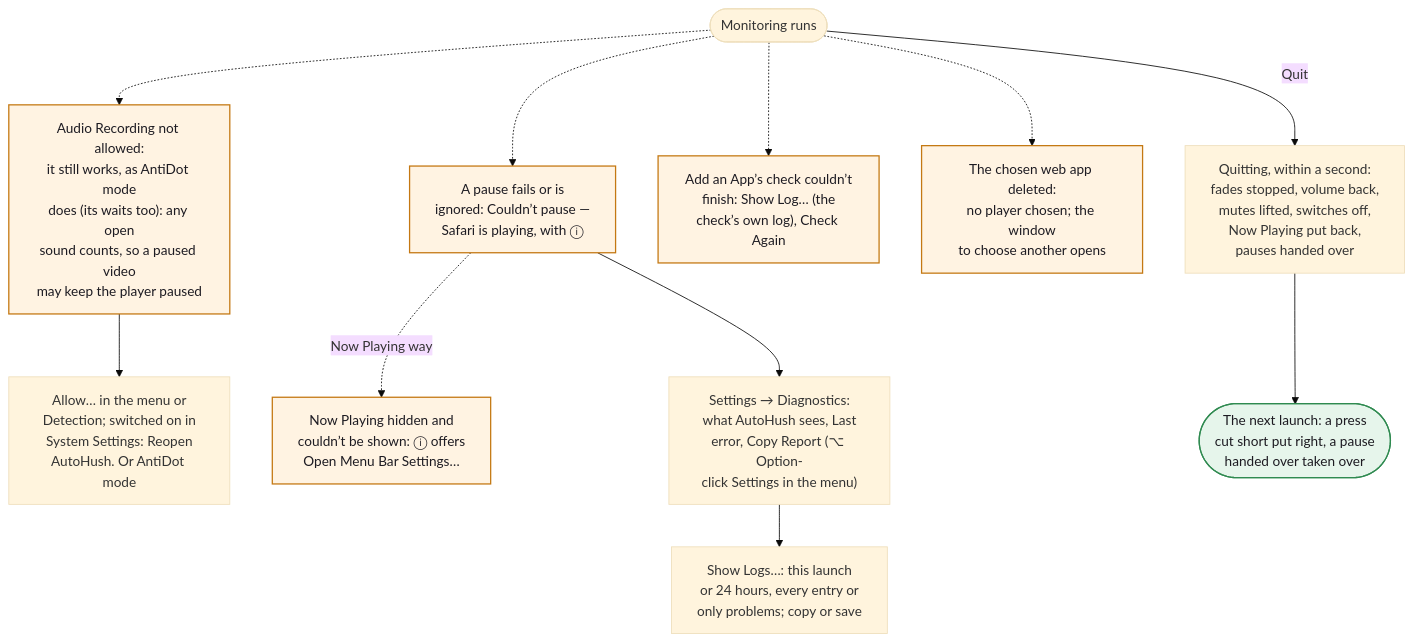
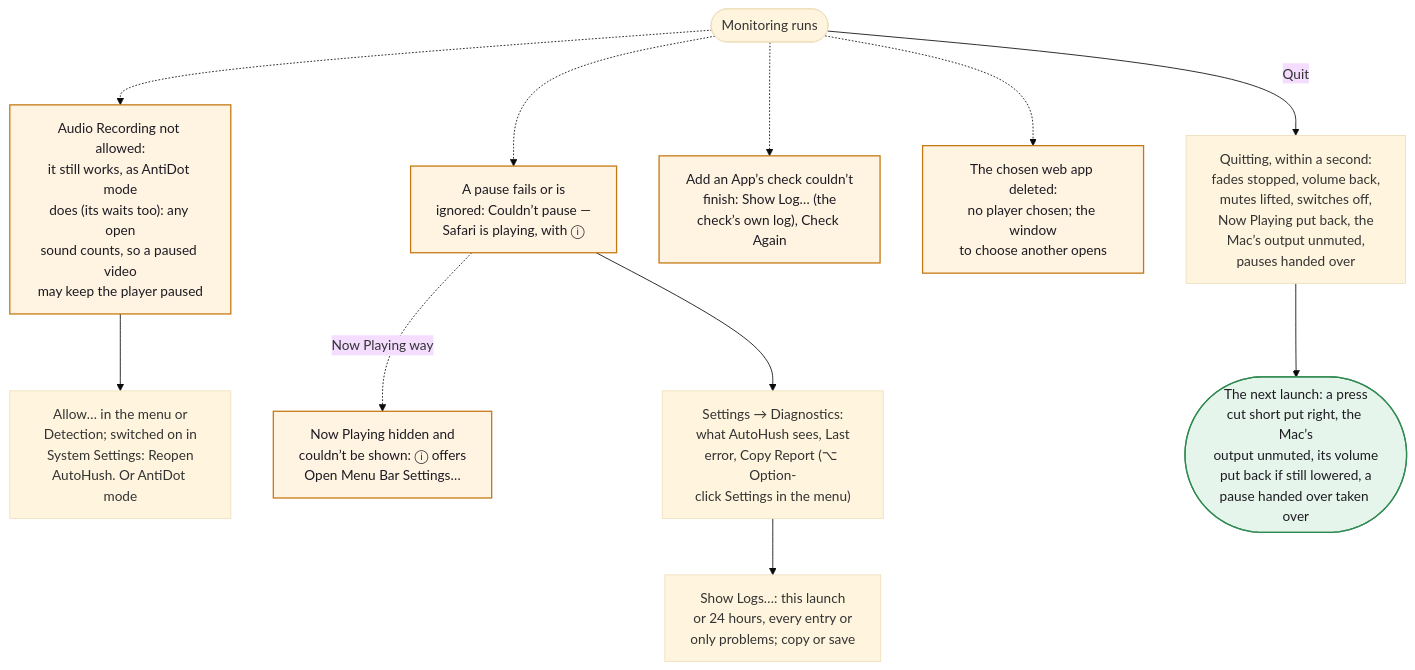
Diagram 14 of 14 in WORKFLOWS.md (hfustercabre/AutoHush), drawn with Mermaid (base theme) before and after one commit. The commit also changed other lines of this file and 128 other files, not shown here.

````diff
--- a/WORKFLOWS.md
+++ b/WORKFLOWS.md
@@ -700,27 +700,27 @@
 ```mermaid
 flowchart TD
   R(["Monitoring runs"])
   AUD["Audio Recording not allowed:<br/>it still works, as AntiDot mode<br/>does (its waits too): any open<br/>sound counts, so a paused video<br/>may keep the player paused"]
   AUDF["Allow… in the menu or<br/>Detection; switched on in<br/>System Settings: Reopen<br/>AutoHush. Or AntiDot mode"]
   PF["A pause fails or is<br/>ignored: Couldn’t pause —<br/>Safari is playing, with ⓘ"]
   NPH["Now Playing hidden and<br/>couldn’t be shown: ⓘ offers<br/>Open Menu Bar Settings…"]
   DIAG["Settings → Diagnostics:<br/>what AutoHush sees, Last<br/>error, Copy Report (⌥ Option-<br/>click Settings in the menu)"]
   LOGS["Show Logs…: this launch<br/>or 24 hours, every entry or<br/>only problems; copy or save"]
   CHK["Add an App’s check couldn’t<br/>finish: Show Log… (the<br/>check’s own log), Check Again"]
   DEL["The chosen web app deleted:<br/>no player chosen; the window<br/>to choose another opens"]
-  QUIT["Quitting, within a second:<br/>fades stopped, volume back,<br/>mutes lifted, switches off,<br/>Now Playing put back,<br/>pauses handed over"]
-  NEXT(["The next launch: a press<br/>cut short put right, a pause<br/>handed over taken over"])
+  QUIT["Quitting, within a second:<br/>fades stopped, volume back,<br/>mutes lifted, switches off,<br/>Now Playing put back, the<br/>Mac’s output unmuted,<br/>pauses handed over"]
+  NEXT(["The next launch: a press<br/>cut short put right, the Mac’s<br/>output unmuted, its volume<br/>put back if still lowered, a<br/>pause handed over taken over"])
 
   R -.-> AUD --> AUDF
   R -.-> PF
   PF -.->|"Now Playing way"| NPH
   PF --> DIAG --> LOGS
   R -.-> CHK
   R -.-> DEL
   R -->|"Quit"| QUIT --> NEXT
 
   class AUD,PF,NPH,CHK,DEL warn
   class NEXT done
   classDef warn fill:#fff3e2,stroke:#c47812,stroke-width:1.5px,color:#1d1b22
   classDef done fill:#e6f5eb,stroke:#2f8a50,stroke-width:1.5px,color:#1d1b22
 ```
````
